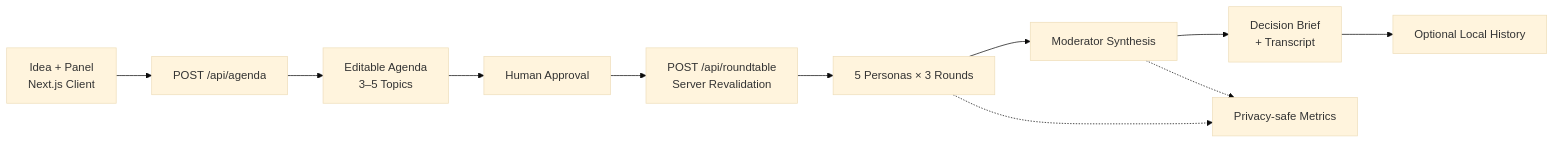
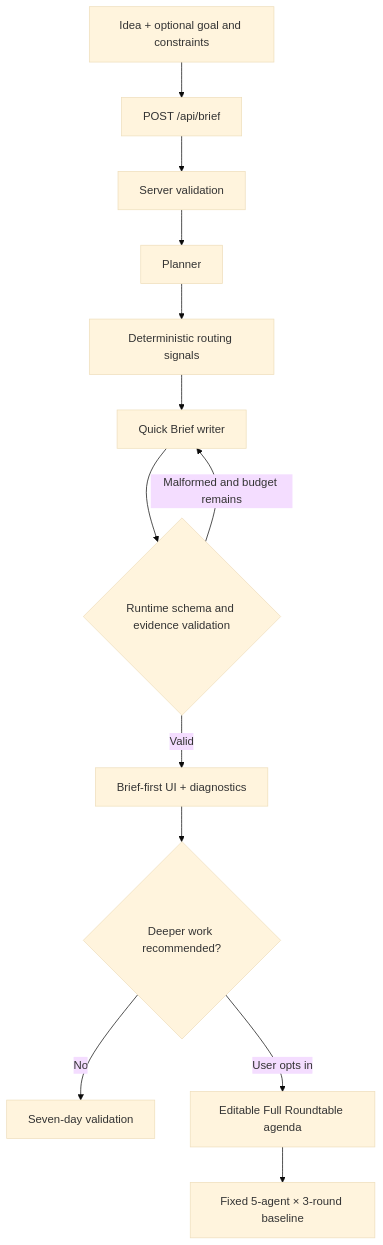
The diagram in README.md (96528025/ai-roundtable), drawn with Mermaid (base theme) before and after one commit. The commit also changed other lines of this file and 4 other files, not shown here.

````diff
--- a/README.md
+++ b/README.md
@@ -37,13 +54,15 @@
 ```mermaid
-flowchart LR
-    A["Idea + Panel<br/>Next.js Client"] --> B["POST /api/agenda"]
-    B --> C["Editable Agenda<br/>3–5 Topics"]
-    C --> D["Human Approval"]
-    D --> E["POST /api/roundtable<br/>Server Revalidation"]
-    E --> F["5 Personas × 3 Rounds"]
-    F --> G["Moderator Synthesis"]
-    G --> H["Decision Brief<br/>+ Transcript"]
-    H --> I["Optional Local History"]
-    F -.-> J["Privacy-safe Metrics"]
-    G -.-> J
+flowchart TD
+    A["Idea + optional goal and constraints"] --> B["POST /api/brief"]
+    B --> C["Server validation"]
+    C --> D["Planner"]
+    D --> E["Deterministic routing signals"]
+    E --> F["Quick Brief writer"]
+    F --> G{"Runtime schema and evidence validation"}
+    G -->|Valid| H["Brief-first UI + diagnostics"]
+    G -->|Malformed and budget remains| F
+    H --> I{"Deeper work recommended?"}
+    I -->|No| J["Seven-day validation"]
+    I -->|User opts in| K["Editable Full Roundtable agenda"]
+    K --> L["Fixed 5-agent × 3-round baseline"]
 ```
````
